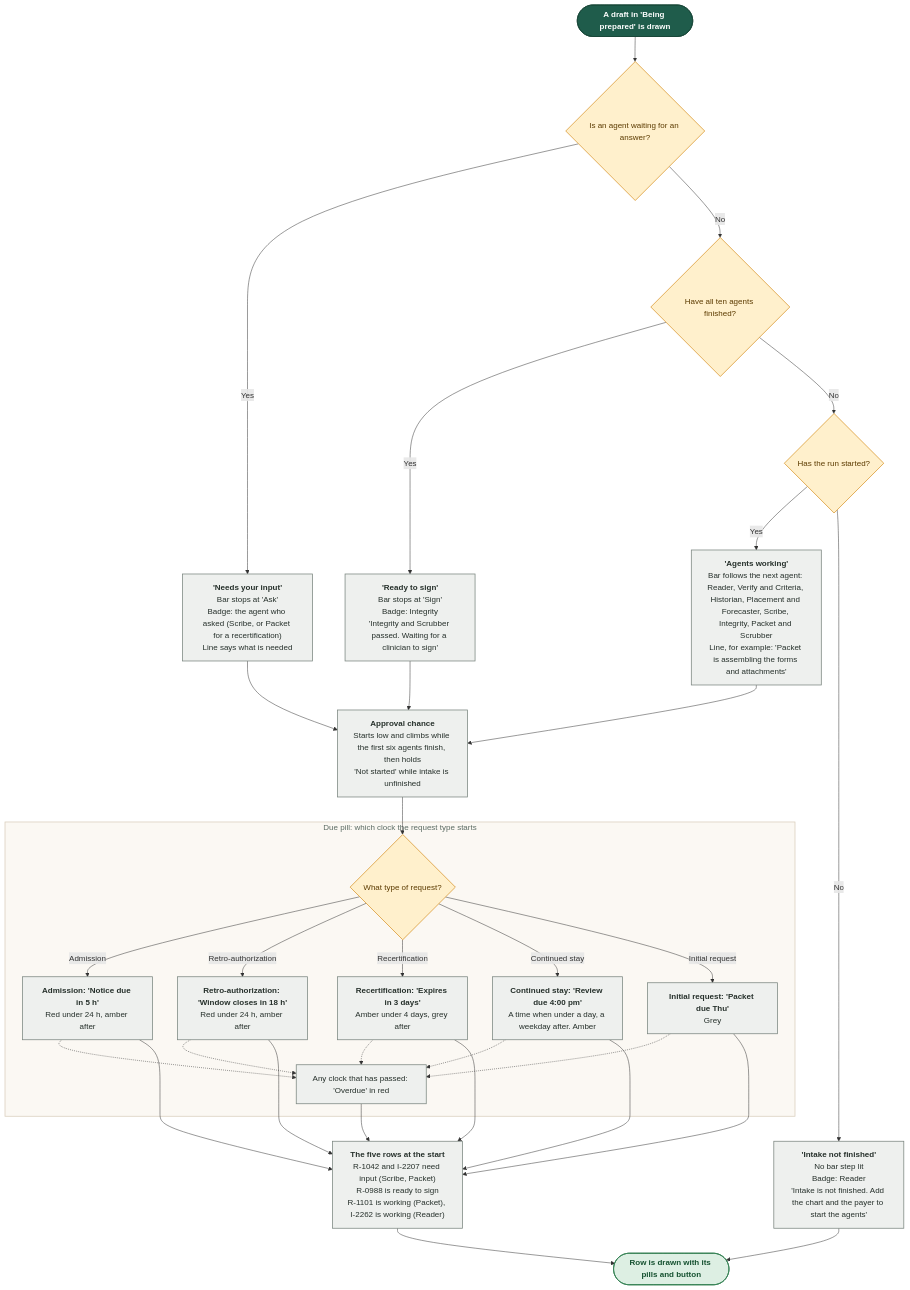
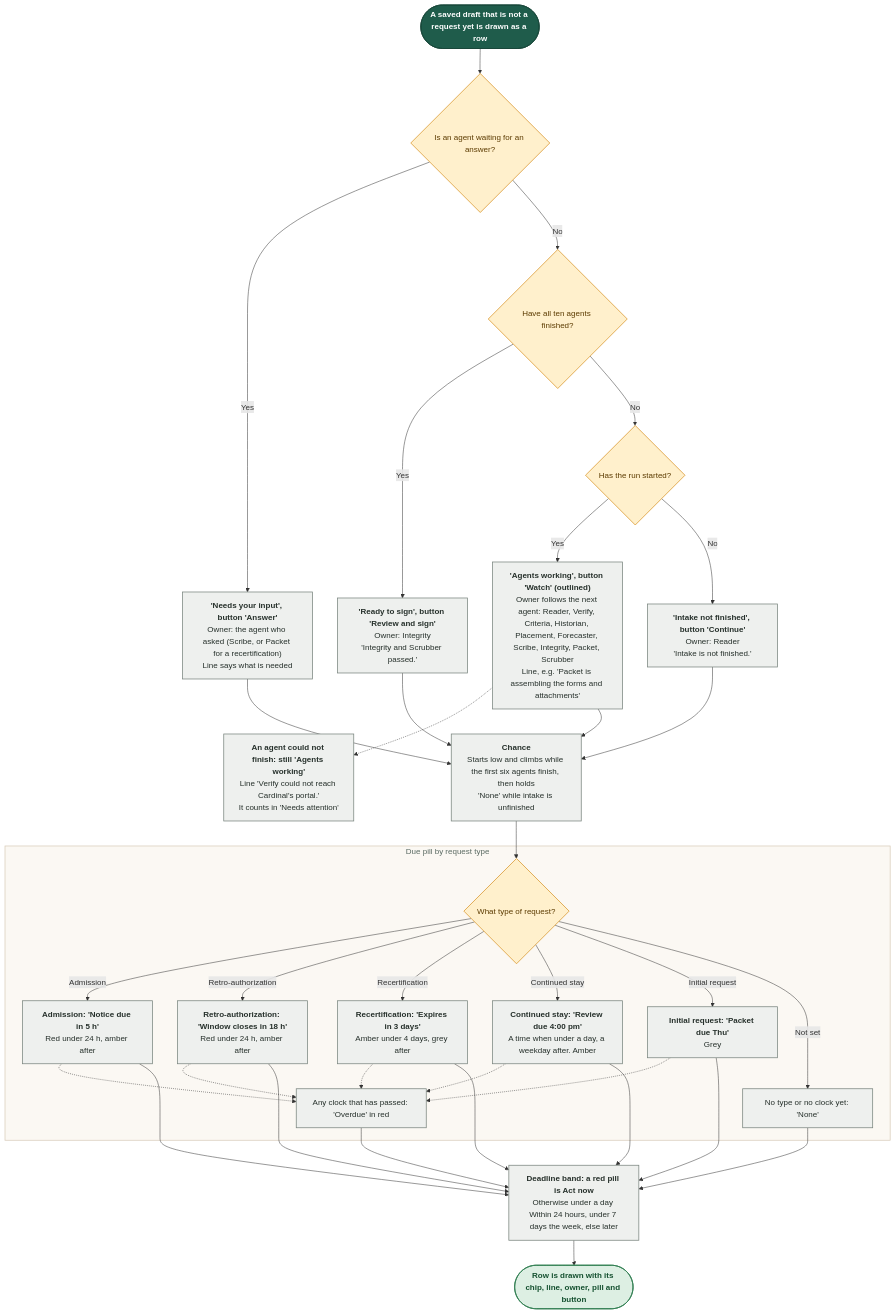
Before and after one commit to Shrav143/psyfloapp: the third of 20 diagrams in demos/prior-auth-demo/workflows/out/md/07-case-manager.md, drawn with Mermaid. The commit also changed other lines of this file and 113 other files, not shown here.

First line of the commit message:
docs: workflow diagrams for the merged Authorizations (worklist, approved, reviews and tracked cases, sidebar arrow), every link retargeted, 336 diagrams

````diff
--- a/demos/prior-auth-demo/workflows/out/md/07-case-manager.md
+++ b/demos/prior-auth-demo/workflows/out/md/07-case-manager.md
@@ -338,64 +191,66 @@
 ```mermaid
 %%{init: {"theme":"base","themeVariables":{"fontFamily":"'DM Sans', 'Segoe UI', system-ui, sans-serif","fontSize":"15px","lineColor":"#5B6B63","primaryTextColor":"#1C2B25","clusterBkg":"#FBF8F3","clusterBorder":"#D9CDBB","edgeLabelBackground":"#FFFFFF"},"flowchart":{"curve":"basis","nodeSpacing":36,"rankSpacing":48,"padding":12,"htmlLabels":true,"useMaxWidth":false,"wrappingWidth":230}} }%%
 flowchart TD
   classDef k_start fill:#1F5C4B,stroke:#174638,color:#FFFFFF,stroke-width:1.5px,font-weight:600
   classDef k_end fill:#DDEFE3,stroke:#2E7D4F,color:#14502F,stroke-width:1.5px,font-weight:600
   classDef k_endx fill:#FBE3E0,stroke:#C0392B,color:#7A1F16,stroke-width:1.5px,font-weight:600
   classDef k_screen fill:#FFFDF8,stroke:#1F5C4B,color:#1C2B25,stroke-width:2px
   classDef k_overlay fill:#F1F7F3,stroke:#1F5C4B,color:#1C2B25,stroke-width:2px,stroke-dasharray:5 3
   classDef k_click fill:#DCEBFA,stroke:#2F6DB5,color:#12365F,stroke-width:1.5px
   classDef k_input fill:#E4E7FF,stroke:#4C5FD5,color:#1D2670,stroke-width:1.5px
   classDef k_process fill:#EEF0EE,stroke:#7A857F,color:#26302B,stroke-width:1.5px
   classDef k_agent fill:#EEE5FA,stroke:#7A4FC2,color:#341A63,stroke-width:1.5px
   classDef k_decision fill:#FFF0CC,stroke:#D9962B,color:#5C3B00,stroke-width:1.5px
   classDef k_store fill:#D5F0EA,stroke:#1C8E7B,color:#0B4A3F,stroke-width:1.5px
   classDef k_doc fill:#F6E9DC,stroke:#B07A4C,color:#4A2E14,stroke-width:1.5px
   classDef k_ext fill:#FFE6D2,stroke:#E07B39,color:#6B2F06,stroke-width:1.5px
   classDef k_wait fill:#E4E8EE,stroke:#6B7C93,color:#26303D,stroke-width:1.5px
   classDef k_toast fill:#FFF9DB,stroke:#C9A400,color:#5A4A00,stroke-width:1.5px
   classDef k_goto fill:#FFFFFF,stroke:#1F5C4B,color:#1F5C4B,stroke-width:1.5px,stroke-dasharray:5 3
-  s1@{ shape: stadium, label: "A draft in 'Being prepared' is drawn" }
+  s1@{ shape: stadium, label: "A saved draft that is not a request yet is drawn as a row" }
   d1@{ shape: diam, label: "Is an agent waiting for an answer?" }
-  a1@{ shape: rect, label: "<b>'Needs your input'</b><br/>Bar stops at 'Ask'<br/>Badge: the agent who asked (Scribe, or Packet for a recertification)<br/>Line says what is needed" }
+  a1@{ shape: rect, label: "<b>'Needs your input', button 'Answer'</b><br/>Owner: the agent who asked (Scribe, or Packet for a recertification)<br/>Line says what is needed" }
   d2@{ shape: diam, label: "Have all ten agents finished?" }
-  a2@{ shape: rect, label: "<b>'Ready to sign'</b><br/>Bar stops at 'Sign'<br/>Badge: Integrity<br/>'Integrity and Scrubber passed. Waiting for a clinician to sign'" }
+  a2@{ shape: rect, label: "<b>'Ready to sign', button 'Review and sign'</b><br/>Owner: Integrity<br/>'Integrity and Scrubber passed.'" }
   d3@{ shape: diam, label: "Has the run started?" }
-  a3@{ shape: rect, label: "<b>'Agents working'</b><br/>Bar follows the next agent: Reader, Verify and Criteria, Historian, Placement and Forecaster, Scribe, Integrity, Packet and Scrubber<br/>Line, for example: 'Packet is assembling the forms and attachments'" }
-  a4@{ shape: rect, label: "<b>'Intake not finished'</b><br/>No bar step lit<br/>Badge: Reader<br/>'Intake is not finished. Add the chart and the payer to start the agents'" }
-  c1@{ shape: rect, label: "<b>Approval chance</b><br/>Starts low and climbs while the first six agents finish, then holds<br/>'Not started' while intake is unfinished" }
-  subgraph gDue ["Due pill: which clock the request type starts"]
+  a3@{ shape: rect, label: "<b>'Agents working', button 'Watch' (outlined)</b><br/>Owner follows the next agent: Reader, Verify, Criteria, Historian, Placement, Forecaster, Scribe, Integrity, Packet, Scrubber<br/>Line, e.g. 'Packet is assembling the forms and attachments'" }
+  a5@{ shape: rect, label: "<b>An agent could not finish: still 'Agents working'</b><br/>Line 'Verify could not reach Cardinal's portal.'<br/>It counts in 'Needs attention'" }
+  a4@{ shape: rect, label: "<b>'Intake not finished', button 'Continue'</b><br/>Owner: Reader<br/>'Intake is not finished.'" }
+  c1@{ shape: rect, label: "<b>Chance</b><br/>Starts low and climbs while the first six agents finish, then holds<br/>'None' while intake is unfinished" }
+  subgraph gDue ["Due pill by request type"]
   d4@{ shape: diam, label: "What type of request?" }
   u1@{ shape: rect, label: "<b>Admission: 'Notice due in 5 h'</b><br/>Red under 24 h, amber after" }
   u2@{ shape: rect, label: "<b>Retro-authorization: 'Window closes in 18 h'</b><br/>Red under 24 h, amber after" }
   u3@{ shape: rect, label: "<b>Recertification: 'Expires in 3 days'</b><br/>Amber under 4 days, grey after" }
   u4@{ shape: rect, label: "<b>Continued stay: 'Review due 4:00 pm'</b><br/>A time when under a day, a weekday after. Amber" }
   u5@{ shape: rect, label: "<b>Initial request: 'Packet due Thu'</b><br/>Grey" }
   u6@{ shape: rect, label: "Any clock that has passed: 'Overdue' in red" }
+  u7@{ shape: rect, label: "No type or no clock yet: 'None'" }
   end
-  s2@{ shape: rect, label: "<b>The five rows at the start</b><br/>R-1042 and I-2207 need input (Scribe, Packet)<br/>R-0988 is ready to sign<br/>R-1101 is working (Packet), I-2262 is working (Reader)" }
-  e1@{ shape: stadium, label: "Row is drawn with its pills and button" }
+  bd@{ shape: rect, label: "<b>Deadline band: a red pill is Act now</b><br/>Otherwise under a day Within 24 hours, under 7 days the week, else later" }
+  e1@{ shape: stadium, label: "Row is drawn with its chip, line, owner, pill and button" }
   s1 --> d1
   d1 -->|"Yes"| a1
   d1 -->|"No"| d2
   d2 -->|"Yes"| a2
   d2 -->|"No"| d3
   d3 -->|"Yes"| a3
   d3 -->|"No"| a4
-  a1 & a2 & a3 --> c1
-  a4 --> e1
+  a3 -.-> a5
+  a1 & a2 & a3 & a4 --> c1
   c1 --> d4
   d4 -->|"Admission"| u1
   d4 -->|"Retro-authorization"| u2
   d4 -->|"Recertification"| u3
   d4 -->|"Continued stay"| u4
   d4 -->|"Initial request"| u5
+  d4 -->|"Not set"| u7
   u1 & u2 & u3 & u4 & u5 -.-> u6
-  u1 & u2 & u3 & u4 & u5 --> s2
-  u6 --> s2
-  s2 --> e1
+  u1 & u2 & u3 & u4 & u5 & u6 & u7 --> bd
+  bd --> e1
   class s1 k_start
   class d1,d2,d3,d4 k_decision
-  class a1,a2,a3,a4,c1,u1,u2,u3,u4,u5,u6,s2 k_process
+  class a1,a2,a3,a5,a4,c1,u1,u2,u3,u4,u5,u6,u7,bd k_process
   class e1 k_end
   style gDue fill:#FBF8F3,stroke:#D9CDBB,stroke-width:1.5px,color:#5B6B63
 ```
````
